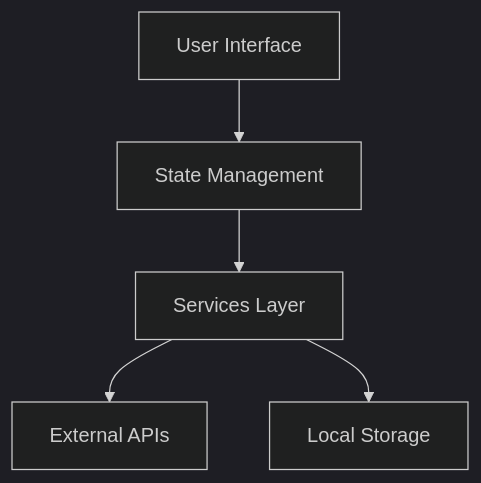
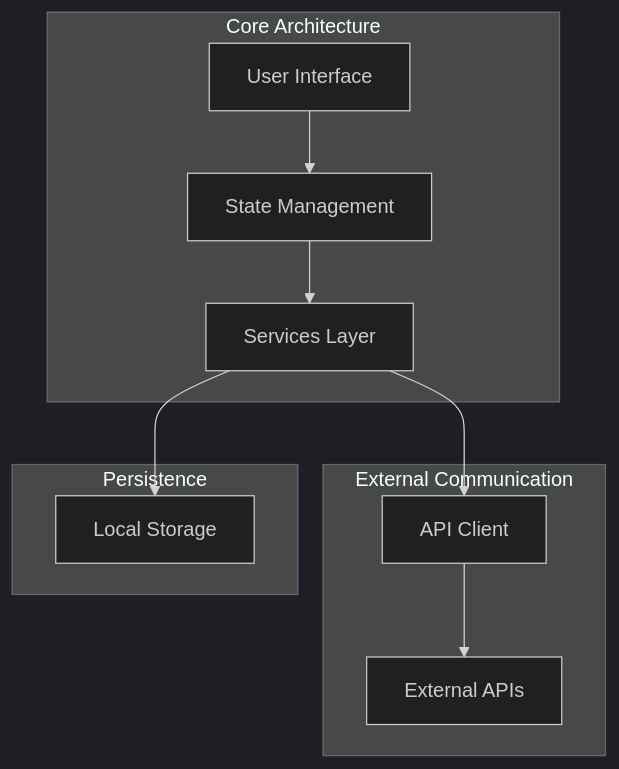
Before and after one commit to radicalkjax/Athena: the first of 7 diagrams in README.md, drawn with Mermaid (dark theme). The commit also changed other lines of this file and 12 other files, not shown here.

````diff
--- a/README.md
+++ b/README.md
@@ -75,7 +75,23 @@
 ```mermaid
 flowchart TD
     A[User Interface] --> B[State Management]
     B --> C[Services Layer]
-    C --> D[External APIs]
+    C --> D[API Client]
     C --> E[Local Storage]
+    D --> F[External APIs]
+    
+    subgraph "Core Architecture"
+        A
+        B
+        C
+    end
+    
+    subgraph "External Communication"
+        D
+        F
+    end
+    
+    subgraph "Persistence"
+        E
+    end
 ```
````
